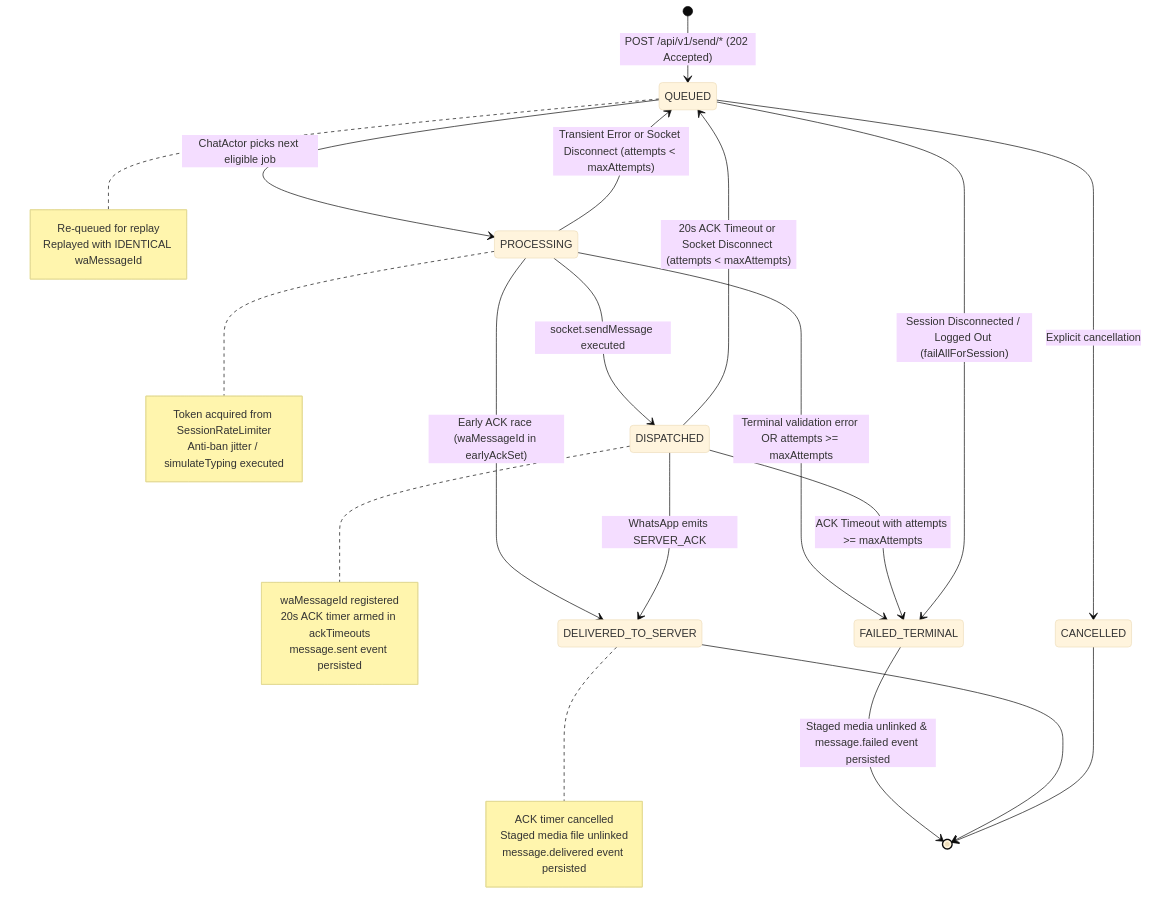
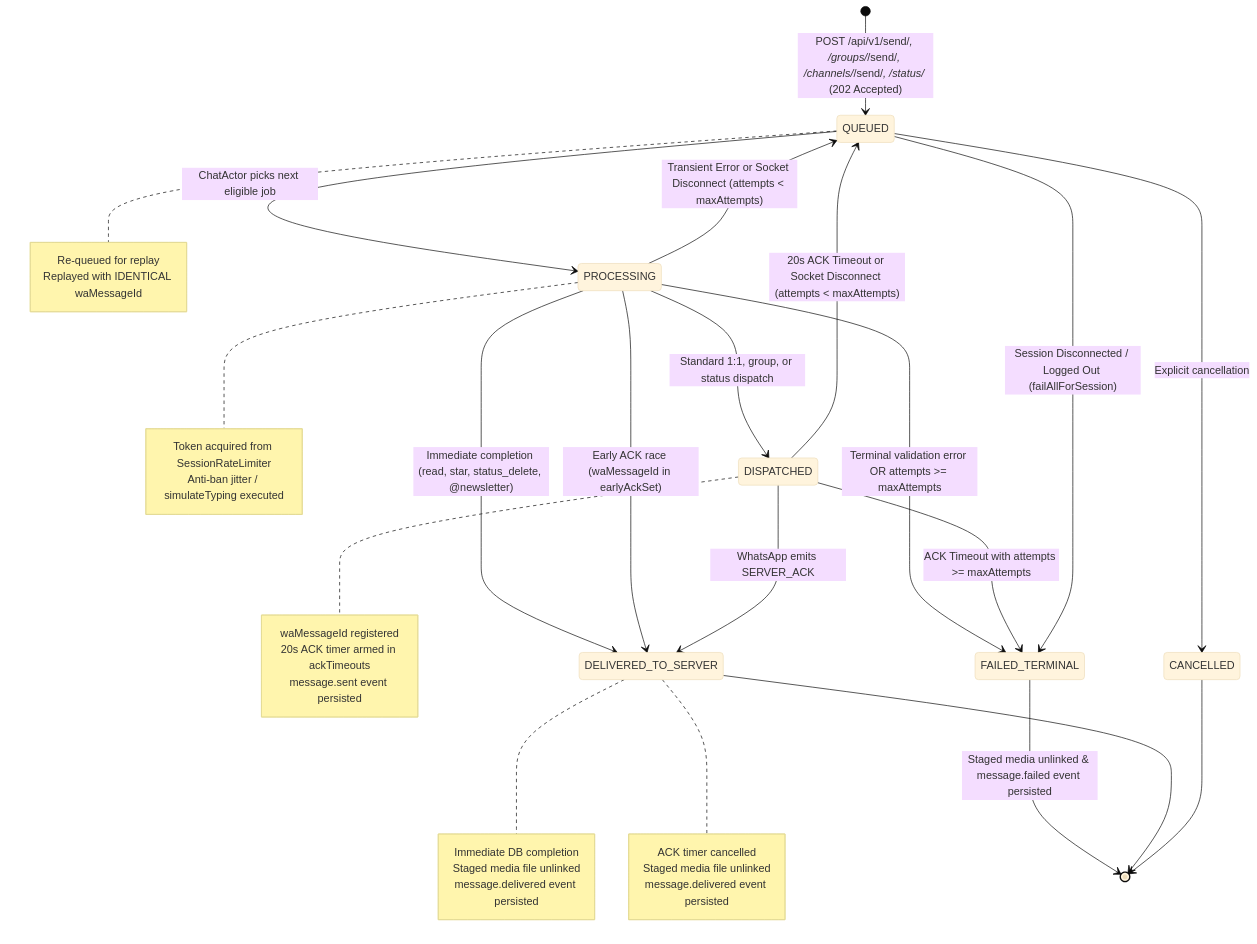
One commit to xml300/whatsapp-server changed the fifth of 10 diagrams in docs/system-architecture.md. Above: the diagram before and after it, drawn with Mermaid (base theme). The commit also changed other lines of this file and 29 other files, not shown here.

Commit message:
feat: expand event ingestion, group messaging & management, channels, status stories, and rich mutations

````diff
--- a/docs/system-architecture.md
+++ b/docs/system-architecture.md
@@ -257,44 +295,51 @@
 ```mermaid
 stateDiagram-v2
-    [*] --> QUEUED: POST /api/v1/send/* (202 Accepted)
+    [*] --> QUEUED: POST /api/v1/send/*, /groups/*/send/*, /channels/*/send/*, /status/* (202 Accepted)
     
     QUEUED --> PROCESSING: ChatActor picks next eligible job
     note right of PROCESSING
         Token acquired from SessionRateLimiter
         Anti-ban jitter / simulateTyping executed
     end note
 
-    PROCESSING --> DISPATCHED: socket.sendMessage executed
+    PROCESSING --> DELIVERED_TO_SERVER: Immediate completion (read, star, status_delete, @newsletter)
+    note right of DELIVERED_TO_SERVER
+        Immediate DB completion
+        Staged media file unlinked
+        message.delivered event persisted
+    end note
+
+    PROCESSING --> DISPATCHED: Standard 1:1, group, or status dispatch
     note right of DISPATCHED
         waMessageId registered
         20s ACK timer armed in ackTimeouts
         message.sent event persisted
     end note
 
     PROCESSING --> DELIVERED_TO_SERVER: Early ACK race (waMessageId in earlyAckSet)
     
     DISPATCHED --> DELIVERED_TO_SERVER: WhatsApp emits SERVER_ACK
     note right of DELIVERED_TO_SERVER
         ACK timer cancelled
         Staged media file unlinked
         message.delivered event persisted
     end note
 
     DISPATCHED --> QUEUED: 20s ACK Timeout or Socket Disconnect (attempts < maxAttempts)
     note right of QUEUED
         Re-queued for replay
         Replayed with IDENTICAL waMessageId
     end note
 
     PROCESSING --> QUEUED: Transient Error or Socket Disconnect (attempts < maxAttempts)
     
     PROCESSING --> FAILED_TERMINAL: Terminal validation error OR attempts >= maxAttempts
     DISPATCHED --> FAILED_TERMINAL: ACK Timeout with attempts >= maxAttempts
     QUEUED --> FAILED_TERMINAL: Session Disconnected / Logged Out (failAllForSession)
     
     FAILED_TERMINAL --> [*]: Staged media unlinked & message.failed event persisted
     DELIVERED_TO_SERVER --> [*]
     
     QUEUED --> CANCELLED: Explicit cancellation
     CANCELLED --> [*]
 ```
````
